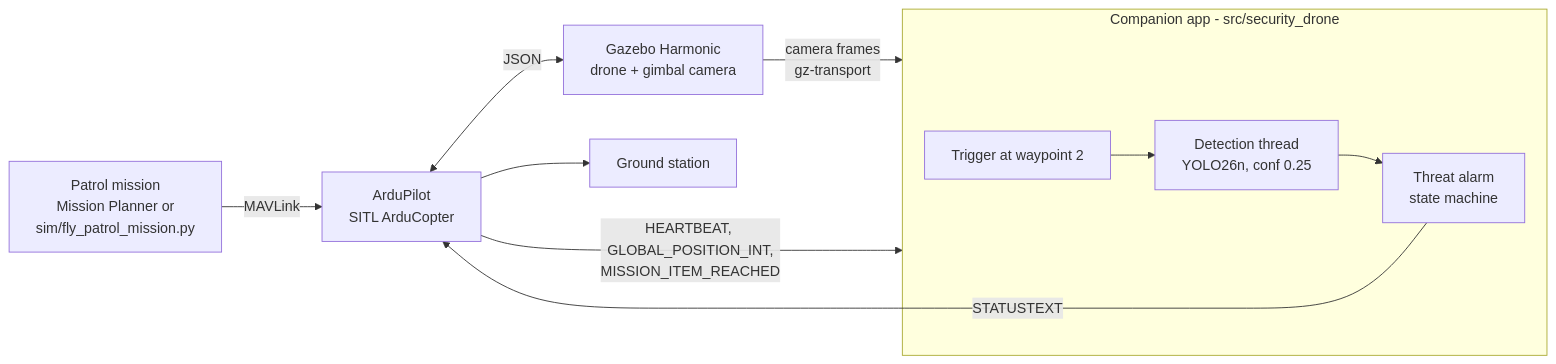
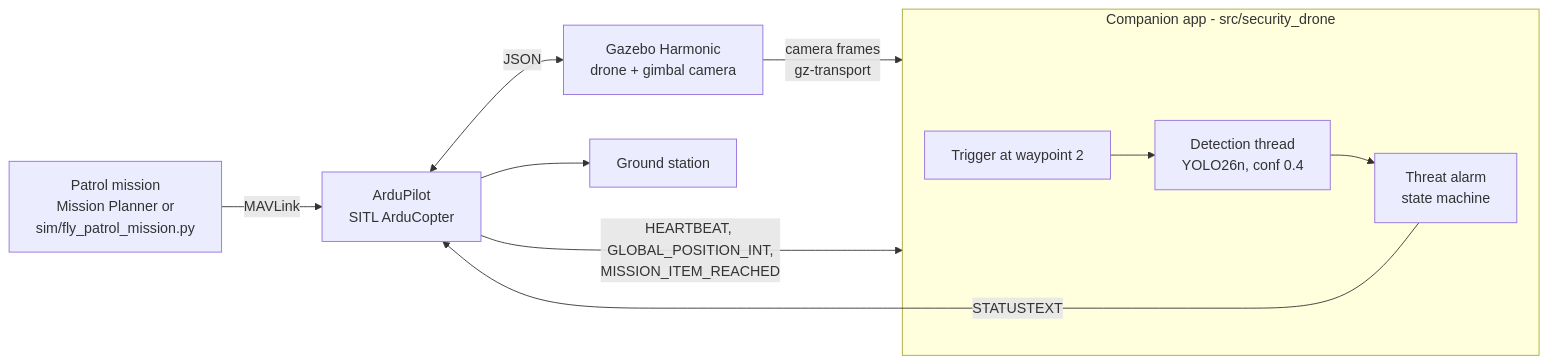
The diagram in README.md (cihankarat4s/autonomous-security-drone), drawn with Mermaid before and after one commit. The commit also changed other lines of this file, not shown here.

````diff
--- a/README.md
+++ b/README.md
@@ -15,12 +15,12 @@
 ```mermaid
 flowchart LR
     M[Patrol mission<br/>Mission Planner or<br/>sim/fly_patrol_mission.py] -- MAVLink --> AP[ArduPilot<br/>SITL ArduCopter]
     AP <-- JSON --> GZ[Gazebo Harmonic<br/>drone + gimbal camera]
     GZ -- camera frames<br/>gz-transport --> C
     AP -- HEARTBEAT, GLOBAL_POSITION_INT,<br/>MISSION_ITEM_REACHED --> C
     subgraph C[Companion app - src/security_drone]
-        T[Trigger at waypoint 2] --> D[Detection thread<br/>YOLO26n, conf 0.25]
+        T[Trigger at waypoint 2] --> D[Detection thread<br/>YOLO26n, conf 0.4]
         D --> A[Threat alarm<br/>state machine]
     end
     A -- STATUSTEXT --> AP --> G[Ground station]
 ```
````
